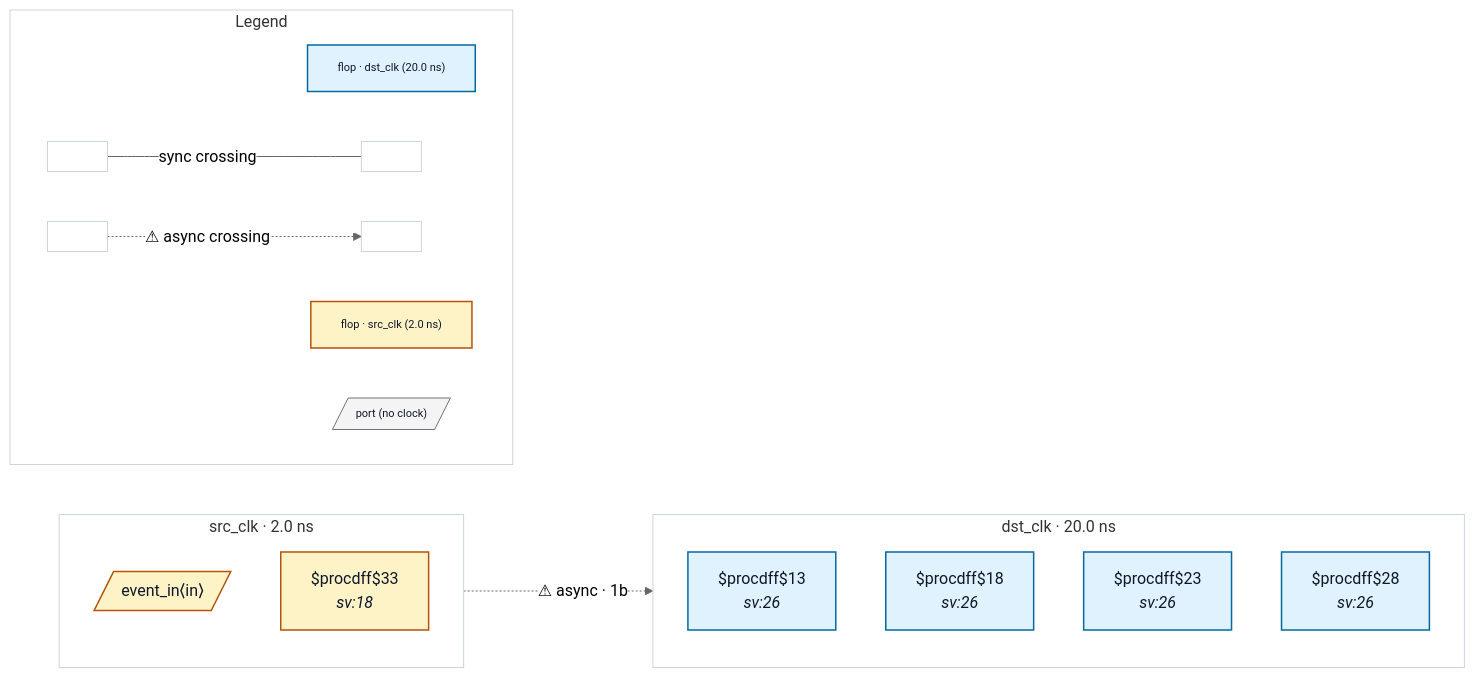
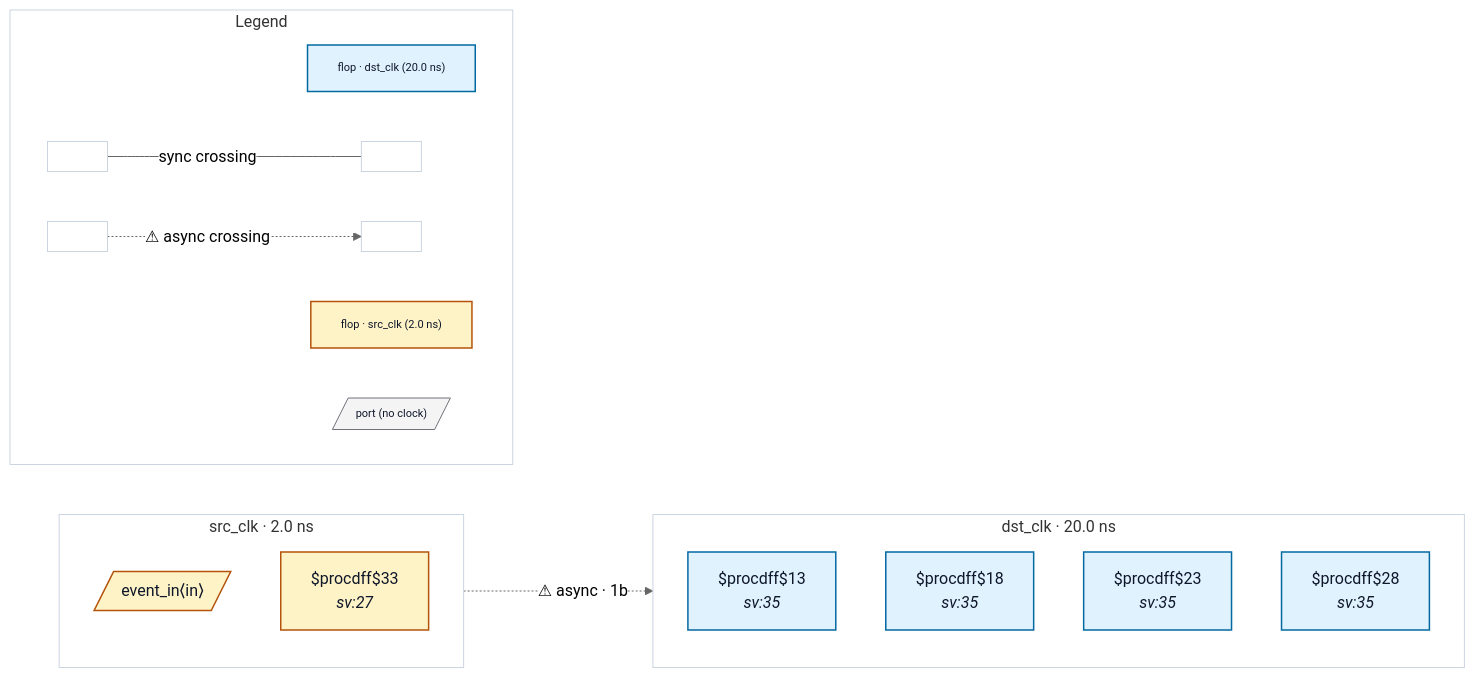
Before and after one commit to rtl-buddy/rtl-buddy-cdc: the diagram in tests/fixtures/good_pulse_synchronizer/README.md, drawn with Mermaid (neutral theme). The commit also changed other lines of this file and 26 other files, not shown here.

````diff
--- a/tests/fixtures/good_pulse_synchronizer/README.md
+++ b/tests/fixtures/good_pulse_synchronizer/README.md
@@ -16,43 +18,43 @@
 ```mermaid
-%% bad_fast_to_slow_control_loss — generated by rtl-buddy-cdc render
+%% good_pulse_synchronizer — generated by rtl-buddy-cdc render
 flowchart LR
   subgraph clk_dst_clk["dst_clk · 20.0 ns"]
     direction TB
-    f_28ebc447["$procdff$13<br/><i>sv:26</i>"]:::ckcls_dst_clk
-    f_dee64a35["$procdff$18<br/><i>sv:26</i>"]:::ckcls_dst_clk
-    f_b90f9a36["$procdff$23<br/><i>sv:26</i>"]:::ckcls_dst_clk
-    f_58766f63["$procdff$28<br/><i>sv:26</i>"]:::ckcls_dst_clk
+    f_ce5abf1e["$procdff$13<br/><i>sv:35</i>"]:::ckcls_dst_clk
+    f_ec96220e["$procdff$18<br/><i>sv:35</i>"]:::ckcls_dst_clk
+    f_3d195098["$procdff$23<br/><i>sv:35</i>"]:::ckcls_dst_clk
+    f_c596356b["$procdff$28<br/><i>sv:35</i>"]:::ckcls_dst_clk
   end
   subgraph clk_src_clk["src_clk · 2.0 ns"]
     direction TB
     p_in_event_in[/"event_in⟨in⟩"/]:::ckcls_src_clk
-    f_8d4b9d9d["$procdff$33<br/><i>sv:18</i>"]:::ckcls_src_clk
+    f_ac54bf79["$procdff$33<br/><i>sv:27</i>"]:::ckcls_src_clk
   end
-  f_8d4b9d9d -. "⚠ async · 1b" .-> f_dee64a35
+  f_ac54bf79 -. "⚠ async · 1b" .-> f_ec96220e
   subgraph rb_legend["Legend"]
     direction LR
     lg_clk_dst_clk["flop · dst_clk (20.0 ns)"]:::ckcls_dst_clk
     lg_clk_src_clk["flop · src_clk (2.0 ns)"]:::ckcls_src_clk
     lg_port[/"port (no clock)"/]:::port_unassigned
     lg_sync_a[" "]:::ckcls_legend_neutral
     lg_sync_b[" "]:::ckcls_legend_neutral
     lg_async_a[" "]:::ckcls_legend_neutral
     lg_async_b[" "]:::ckcls_legend_neutral
     lg_sync_a --- |"sync crossing"| lg_sync_b
     lg_async_a -. "⚠ async crossing" .-> lg_async_b
   end
   style clk_dst_clk fill:none,stroke:#cbd5e1
   style clk_src_clk fill:none,stroke:#cbd5e1
   style rb_legend fill:none,stroke:#cbd5e1
   style lg_clk_dst_clk font-size:11px
   style lg_clk_src_clk font-size:11px
   style lg_port font-size:11px
   style lg_sync_a font-size:11px
   style lg_sync_b font-size:11px
   style lg_async_a font-size:11px
   style lg_async_b font-size:11px
   classDef ckcls_dst_clk fill:#e0f2fe,stroke:#0369a1,stroke-width:1.5px,color:#0f172a
   classDef ckcls_src_clk fill:#fef3c7,stroke:#b45309,stroke-width:1.5px,color:#0f172a
   classDef port_unassigned fill:#f4f4f5,stroke:#71717a,color:#0f172a
   classDef ckcls_legend_neutral fill:#ffffff,stroke:#cbd5e1,stroke-width:1px,color:#0f172a
 ```
````
